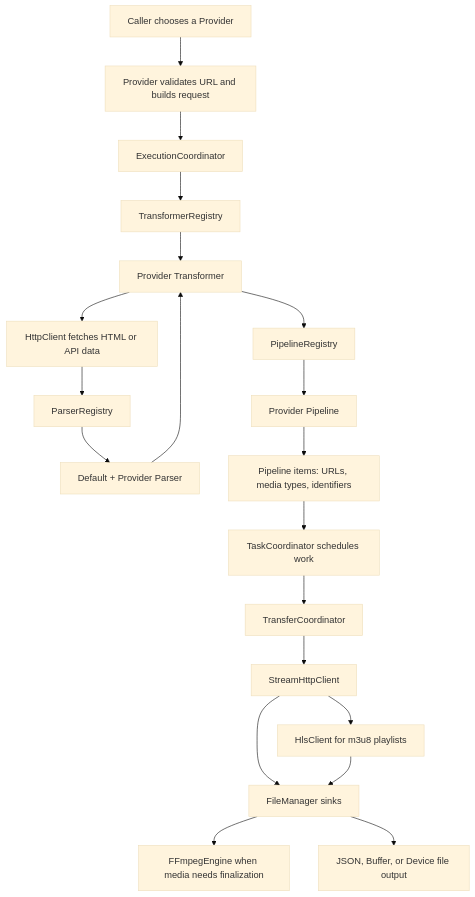
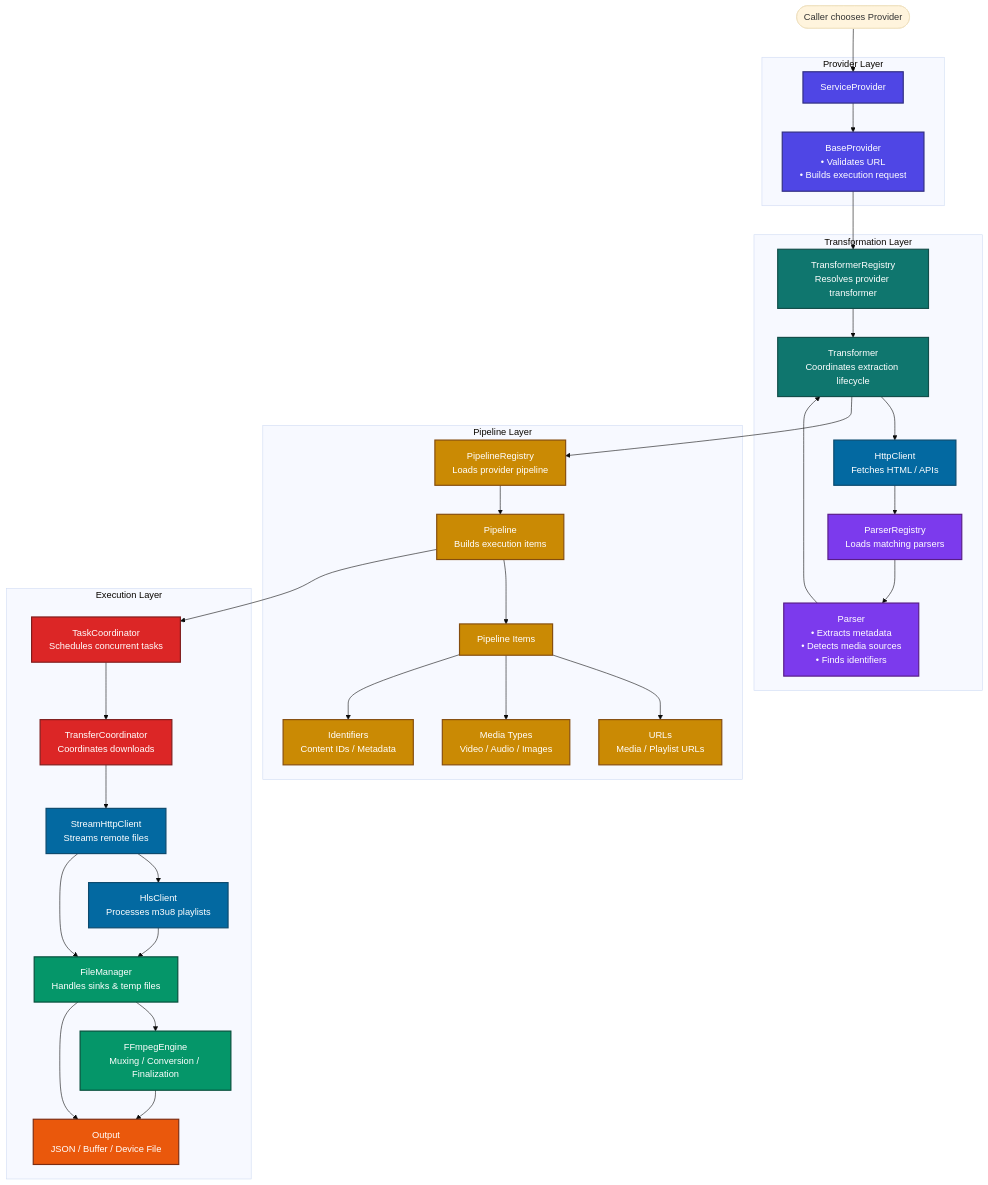
The diagram in README.md (cloudgrids/downflux), drawn with Mermaid (base theme) before and after one commit. The commit also changed 5 other files, not shown here.

Commit message:
fix: update mermaid flowchart

````diff
--- a/README.md
+++ b/README.md
@@ -84,22 +84,102 @@
 ```mermaid
 flowchart TD
-	User[Caller chooses a Provider] --> Provider[Provider validates URL and builds request]
-	Provider --> ExecutionCoordinator[ExecutionCoordinator]
-	ExecutionCoordinator --> TransformerRegistry[TransformerRegistry]
-	TransformerRegistry --> Transformer[Provider Transformer]
-	Transformer --> HttpClient[HttpClient fetches HTML or API data]
-	HttpClient --> ParserRegistry[ParserRegistry]
-	ParserRegistry --> Parser[Default + Provider Parser]
-	Parser --> Transformer
-	Transformer --> PipelineRegistry[PipelineRegistry]
-	PipelineRegistry --> Pipeline[Provider Pipeline]
-	Pipeline --> Items[Pipeline items: URLs, media types, identifiers]
-	Items --> TaskCoordinator[TaskCoordinator schedules work]
-	TaskCoordinator --> TransferCoordinator[TransferCoordinator]
-	TransferCoordinator --> StreamHttpClient[StreamHttpClient]
-	StreamHttpClient --> HlsClient[HlsClient for m3u8 playlists]
-	StreamHttpClient --> FileManager[FileManager sinks]
-	HlsClient --> FileManager
-	FileManager --> FFmpegEngine[FFmpegEngine when media needs finalization]
-	FileManager --> Output[JSON, Buffer, or Device file output]
+
+    User([Caller chooses Provider])
+
+    subgraph ProviderLayer["Provider Layer"]
+        ServiceProvider[ServiceProvider]
+        BaseProvider[BaseProvider<br/>• Validates URL<br/>• Builds execution request]
+    end
+
+    subgraph TransformLayer["Transformation Layer"]
+        TransformerRegistry[TransformerRegistry<br/>Resolves provider transformer]
+
+        Transformer[Transformer<br/>Coordinates extraction lifecycle]
+
+        HttpClient[HttpClient<br/>Fetches HTML / APIs]
+
+        ParserRegistry[ParserRegistry<br/>Loads matching parsers]
+
+        Parser[Parser<br/>• Extracts metadata<br/>• Detects media sources<br/>• Finds identifiers]
+    end
+
+    subgraph PipelineLayer["Pipeline Layer"]
+        PipelineRegistry[PipelineRegistry<br/>Loads provider pipeline]
+
+        Pipeline[Pipeline<br/>Builds execution items]
+
+        PipelineItems[Pipeline Items]
+
+        URLs[URLs<br/>Media / Playlist URLs]
+
+        MediaTypes[Media Types<br/>Video / Audio / Images]
+
+        Identifiers[Identifiers<br/>Content IDs / Metadata]
+    end
+
+    subgraph ExecutionLayer["Execution Layer"]
+        TaskCoordinator[TaskCoordinator<br/>Schedules concurrent tasks]
+
+        TransferCoordinator[TransferCoordinator<br/>Coordinates downloads]
+
+        StreamHttpClient[StreamHttpClient<br/>Streams remote files]
+
+        HlsClient[HlsClient<br/>Processes m3u8 playlists]
+
+        FileManager[FileManager<br/>Handles sinks & temp files]
+
+        FFmpegEngine[FFmpegEngine<br/>Muxing / Conversion / Finalization]
+
+        Output[Output<br/>JSON / Buffer / Device File]
+    end
+
+    User --> ServiceProvider
+    ServiceProvider --> BaseProvider
+    BaseProvider --> TransformerRegistry
+    TransformerRegistry --> Transformer
+
+    Transformer --> HttpClient
+    HttpClient --> ParserRegistry
+    ParserRegistry --> Parser
+    Parser --> Transformer
+
+    Transformer --> PipelineRegistry
+    PipelineRegistry --> Pipeline
+
+    Pipeline --> PipelineItems
+    PipelineItems --> URLs
+    PipelineItems --> MediaTypes
+    PipelineItems --> Identifiers
+
+    Pipeline --> TaskCoordinator
+    TaskCoordinator --> TransferCoordinator
+
+    TransferCoordinator --> StreamHttpClient
+    StreamHttpClient --> HlsClient
+    StreamHttpClient --> FileManager
+
+    HlsClient --> FileManager
+
+    FileManager --> FFmpegEngine
+    FileManager --> Output
+
+    FFmpegEngine --> Output
+
+    classDef provider fill:#4f46e5,color:#fff,stroke:#312e81,stroke-width:2px;
+    classDef transform fill:#0f766e,color:#fff,stroke:#134e4a,stroke-width:2px;
+    classDef pipeline fill:#ca8a04,color:#fff,stroke:#854d0e,stroke-width:2px;
+    classDef execution fill:#dc2626,color:#fff,stroke:#7f1d1d,stroke-width:2px;
+    classDef network fill:#0369a1,color:#fff,stroke:#0c4a6e,stroke-width:2px;
+    classDef parser fill:#7c3aed,color:#fff,stroke:#581c87,stroke-width:2px;
+    classDef file fill:#059669,color:#fff,stroke:#064e3b,stroke-width:2px;
+    classDef output fill:#ea580c,color:#fff,stroke:#7c2d12,stroke-width:2px;
+
+    class ServiceProvider,BaseProvider provider;
+    class TransformerRegistry,Transformer transform;
+    class PipelineRegistry,Pipeline,PipelineItems,URLs,MediaTypes,Identifiers pipeline;
+    class TaskCoordinator,TransferCoordinator execution;
+    class HttpClient,StreamHttpClient,HlsClient network;
+    class ParserRegistry,Parser parser;
+    class FileManager,FFmpegEngine file;
+    class Output output;
 ```
````
